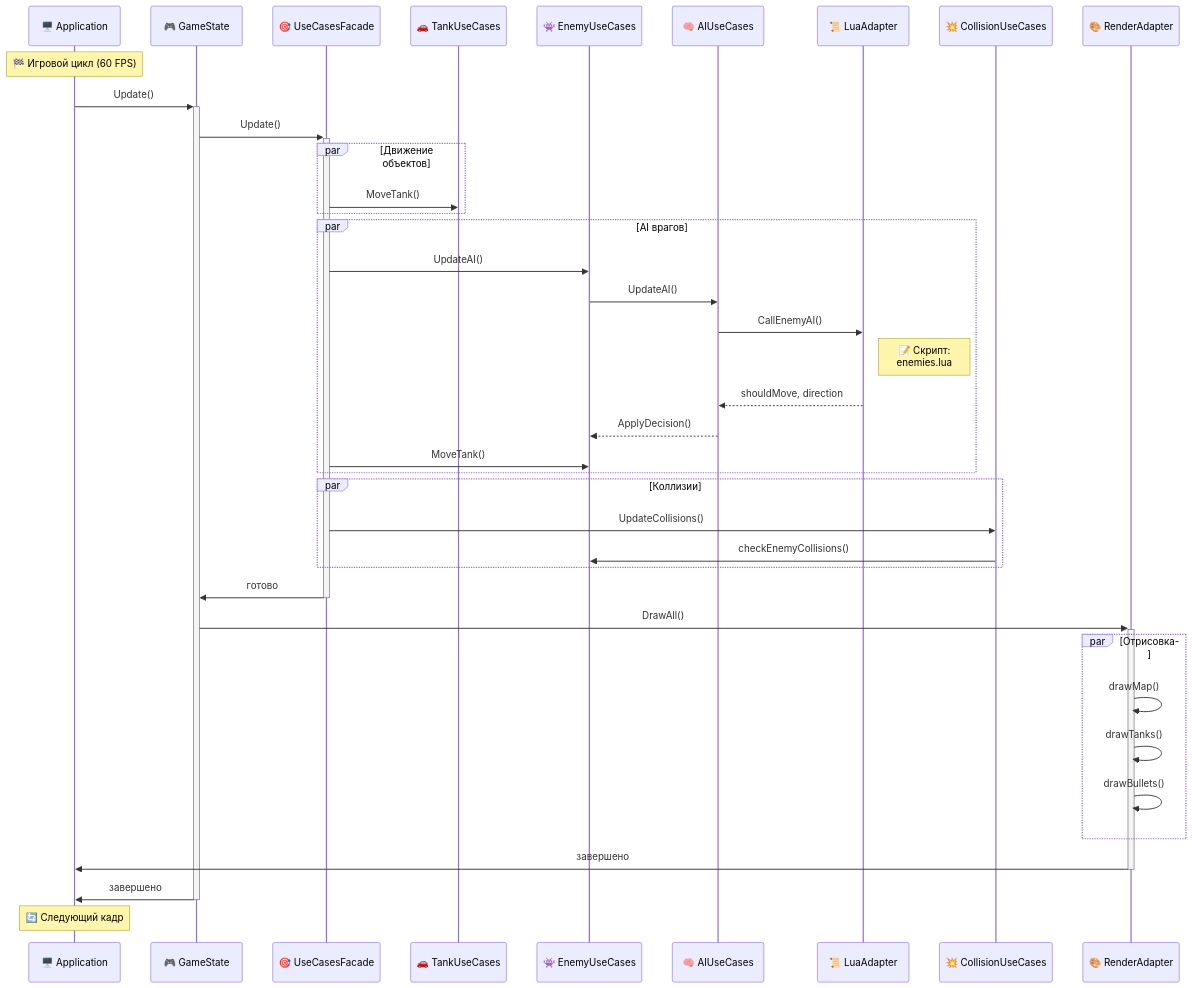
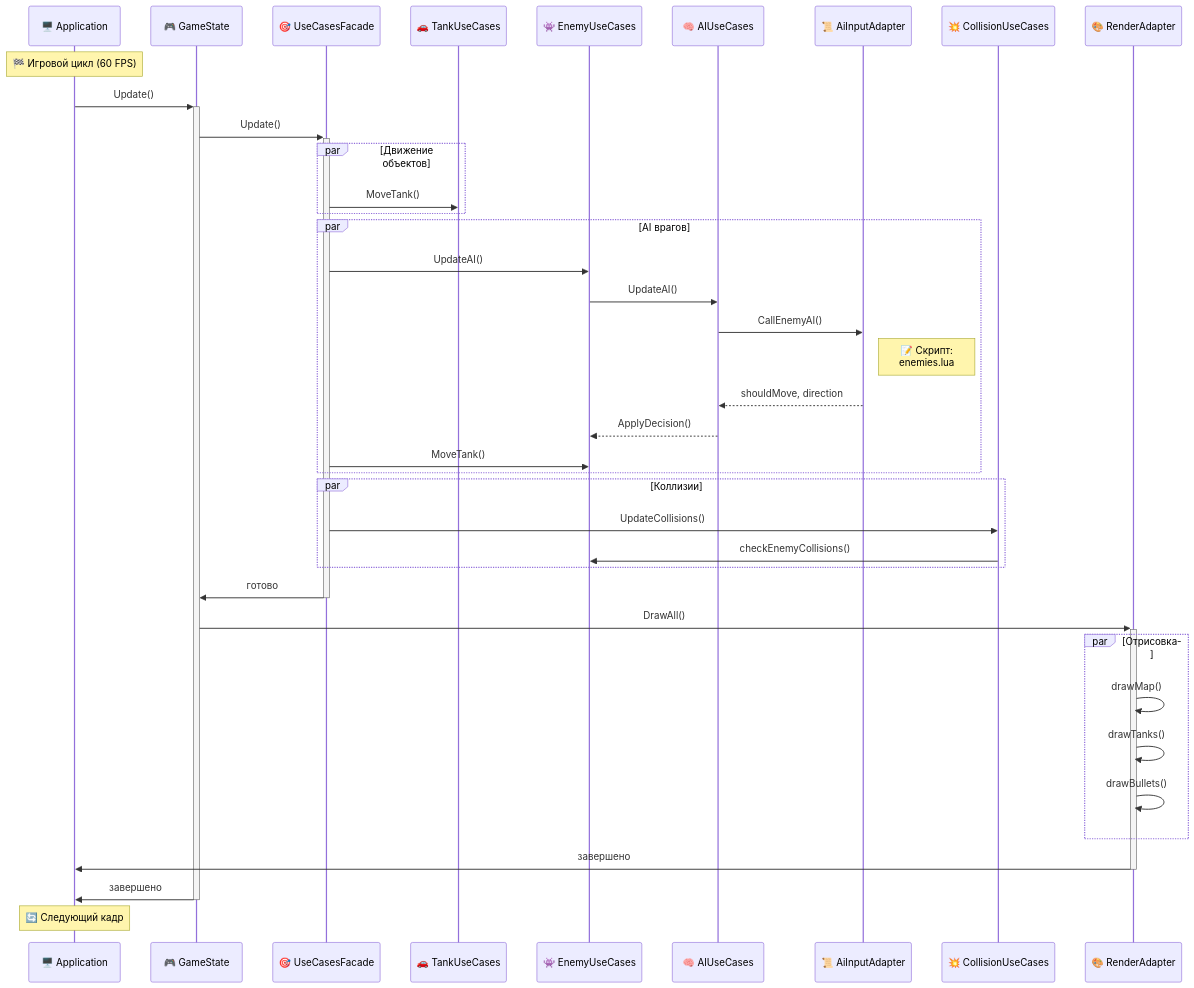
One commit to shpaker/tnk9x changed the third of 3 diagrams in README.md. Above: the diagram before and after it, drawn with Mermaid. The commit also changed other lines of this file and 11 other files, not shown here.

````diff
--- a/README.md
+++ b/README.md
@@ -215,49 +196,49 @@
 ```mermaid
 sequenceDiagram
     participant App as 🖥️ Application
     participant State as 🎮 GameState
     participant Facade as 🎯 UseCasesFacade
     participant Tank as 🚗 TankUseCases
     participant Enemy as 👾 EnemyUseCases
     participant AI as 🧠 AIUseCases
-    participant Lua as 📜 LuaAdapter
+    participant AiInput as 📜 AiInputAdapter
     participant Collision as 💥 CollisionUseCases
     participant Render as 🎨 RenderAdapter
     
     Note over App: 🏁 Игровой цикл (60 FPS)
     
     App->>+State: Update()
     State->>+Facade: Update()
     
     par Движение объектов
         Facade->>Tank: MoveTank()
     end
     
     par AI врагов
         Facade->>Enemy: UpdateAI()
         Enemy->>AI: UpdateAI()
-        AI->>Lua: CallEnemyAI()
-        Note right of Lua: 📝 Скрипт:<br/>enemies.lua
-        Lua-->>AI: shouldMove, direction
+        AI->>AiInput: CallEnemyAI()
+        Note right of AiInput: 📝 Скрипт:<br/>enemies.lua
+        AiInput-->>AI: shouldMove, direction
         AI-->>Enemy: ApplyDecision()
         Facade->>Enemy: MoveTank()
     end
     
     par Коллизии
         Facade->>Collision: UpdateCollisions()
         Collision->>Enemy: checkEnemyCollisions()
     end
     
     Facade->>-State: готово
     State->>+Render: DrawAll()
     
     par Отрисовка
         Render->>Render: drawMap()
         Render->>Render: drawTanks()
         Render->>Render: drawBullets()
     end
     
     Render->>-App: завершено
     State->>-App: завершено
     Note over App: 🔄 Следующий кадр
 ```
````
